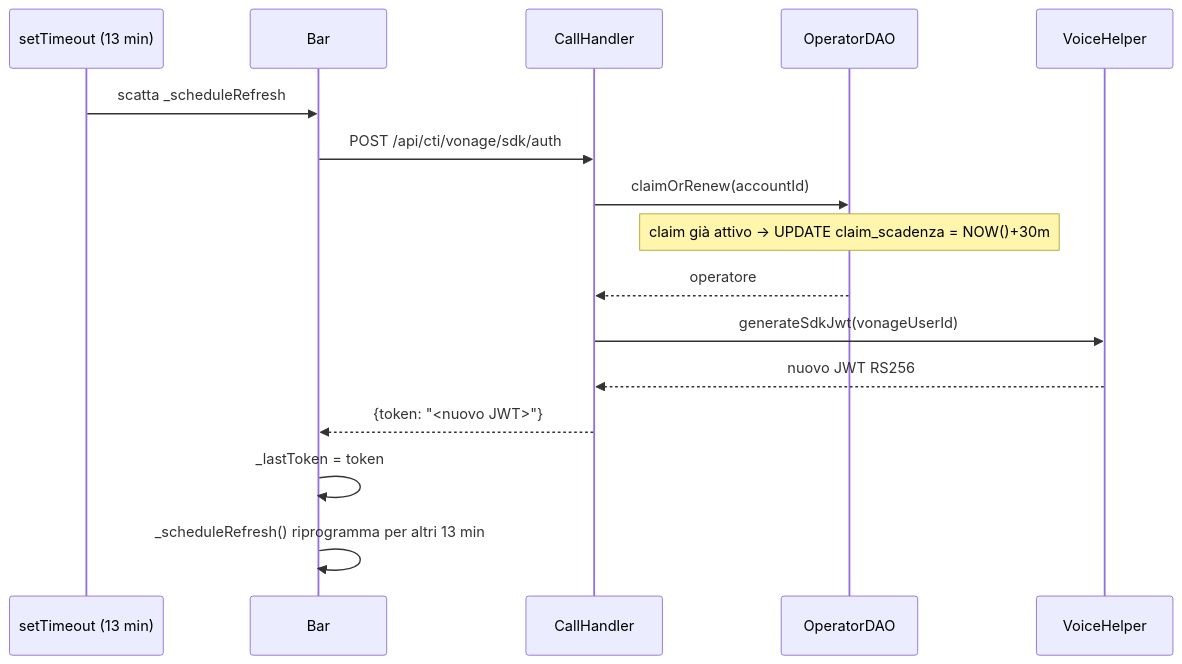
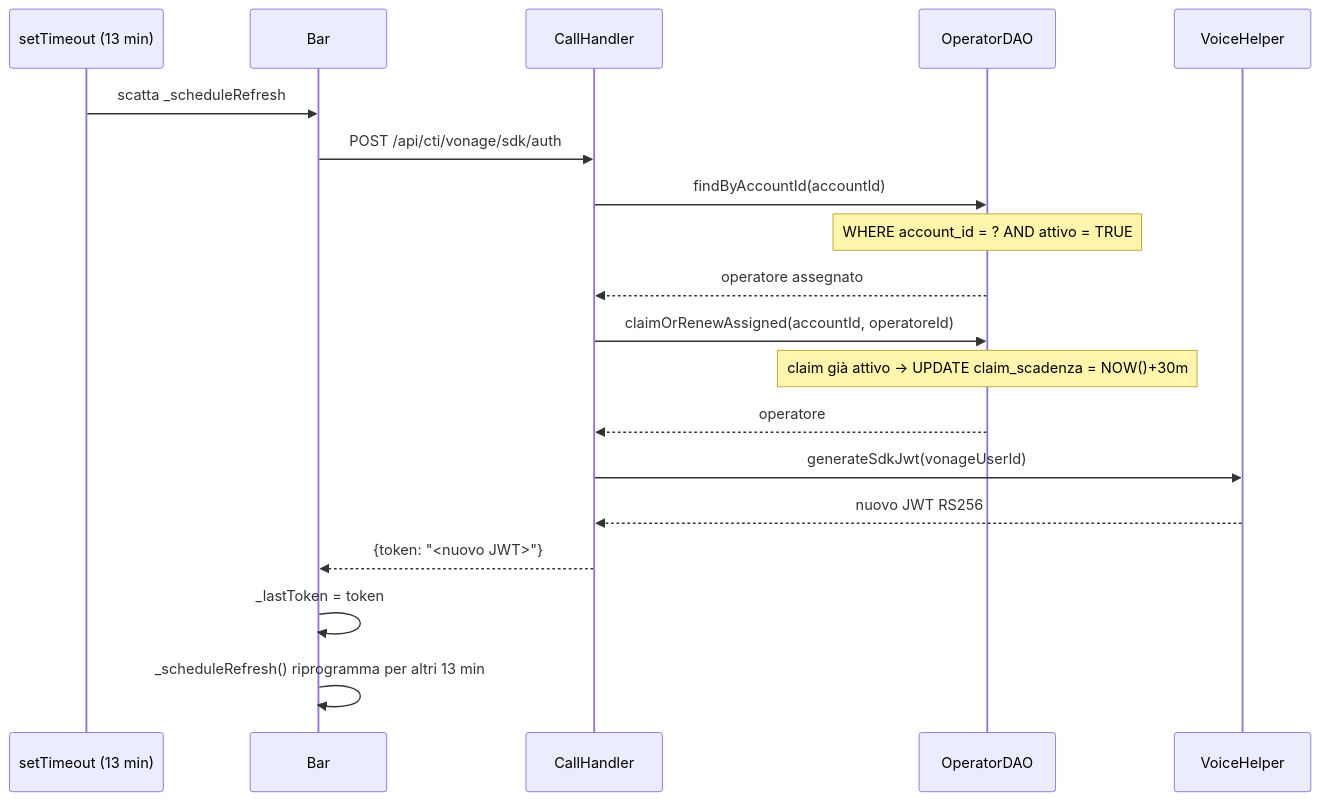
Before and after one commit to riccardovacirca/jms: the first of 2 diagrams in module/cti/vonage/docs/core/wf_010_refresh_sessione.md, drawn with Mermaid. The commit also changed other lines of this file and 76 other files, not shown here.

````diff
--- a/module/cti/vonage/docs/core/wf_010_refresh_sessione.md
+++ b/module/cti/vonage/docs/core/wf_010_refresh_sessione.md
@@ -48,19 +33,22 @@
 ```mermaid
 sequenceDiagram
     participant Timer as setTimeout (13 min)
     participant Bar as Bar
     participant Handler as CallHandler
     participant OpDAO as OperatorDAO
     participant Helper as VoiceHelper
 
     Timer->>Bar: scatta _scheduleRefresh
     Bar->>Handler: POST /api/cti/vonage/sdk/auth
-    Handler->>OpDAO: claimOrRenew(accountId)
+    Handler->>OpDAO: findByAccountId(accountId)
+    Note over OpDAO: WHERE account_id = ? AND attivo = TRUE
+    OpDAO-->>Handler: operatore assegnato
+    Handler->>OpDAO: claimOrRenewAssigned(accountId, operatoreId)
     Note over OpDAO: claim già attivo → UPDATE claim_scadenza = NOW()+30m
     OpDAO-->>Handler: operatore
     Handler->>Helper: generateSdkJwt(vonageUserId)
     Helper-->>Handler: nuovo JWT RS256
     Handler-->>Bar: {token: "<nuovo JWT>"}
     Bar->>Bar: _lastToken = token
     Bar->>Bar: _scheduleRefresh() riprogramma per altri 13 min
 ```
````
